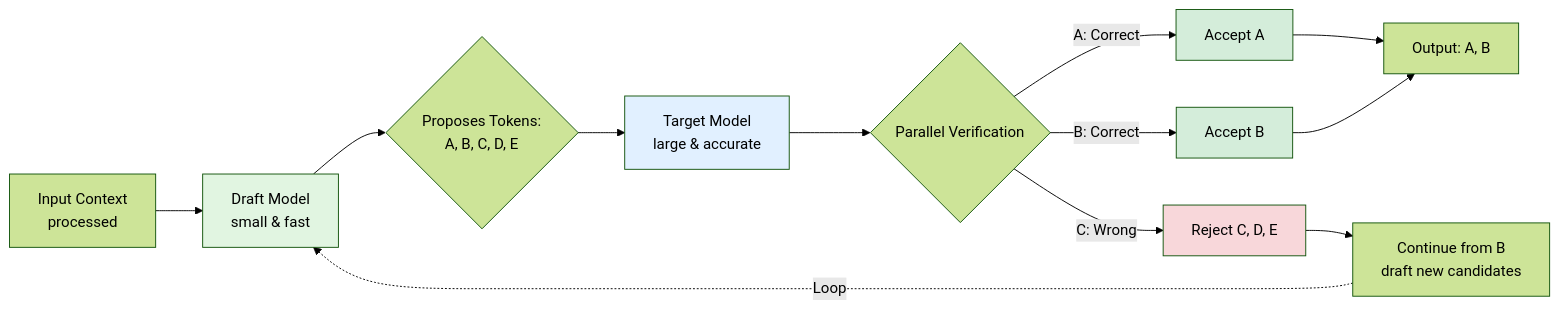
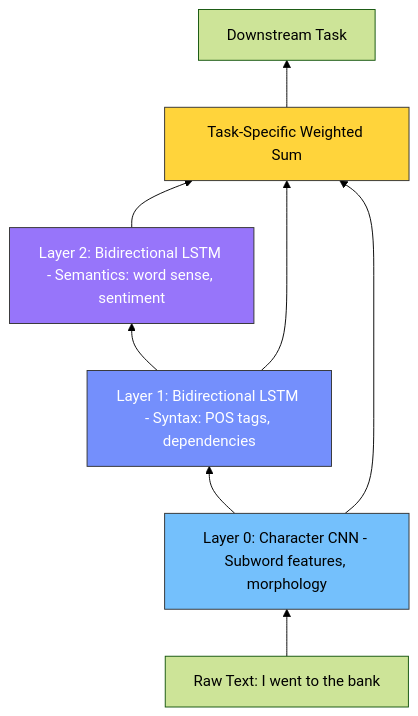
The fourth of 8 diagrams in _posts/2026-02-20-story-of-embedding.md (girijesh-ai/girijesh-ai.github.io), drawn with Mermaid (forest theme) before and after one commit. The commit also changed other lines of this file, not shown here.

```diff
--- a/_posts/2026-02-20-story-of-embedding.md
+++ b/_posts/2026-02-20-story-of-embedding.md
@@ -499,19 +296,14 @@
 <pre class="mermaid">
-graph LR
-    A["Input Context&lt;br/&gt;processed"] --> B["Draft Model&lt;br/&gt;small &amp; fast"]
-    B --> C{"Proposes Tokens:&lt;br/&gt;A, B, C, D, E"}
-    C --> D["Target Model&lt;br/&gt;large &amp; accurate"]
-    D --> E{"Parallel Verification"}
-    E -->|"A: Correct"| F[Accept A]
-    E -->|"B: Correct"| G[Accept B]
-    E -->|"C: Wrong"| H["Reject C, D, E"]
-    F --> I["Output: A, B"]
-    G --> I
-    H --> J["Continue from B&lt;br/&gt;draft new candidates"]
-    J -.->|Loop| B
-    style B fill:#e1f5e1
-    style D fill:#e1f0ff
-    style F fill:#d4edda
-    style G fill:#d4edda
-    style H fill:#f8d7da
+graph BT
+    INPUT["Raw Text: I went to the bank"] --> CHAR["Layer 0: Character CNN - Subword features, morphology"]
+    CHAR --> L1["Layer 1: Bidirectional LSTM - Syntax: POS tags, dependencies"]
+    L1 --> L2["Layer 2: Bidirectional LSTM - Semantics: word sense, sentiment"]
+    L2 --> COMBINE["Task-Specific Weighted Sum"]
+    CHAR --> COMBINE
+    L1 --> COMBINE
+    COMBINE --> TASK["Downstream Task"]
+    style CHAR fill:#74c0fc,stroke:#333
+    style L1 fill:#748ffc,stroke:#333,color:#fff
+    style L2 fill:#9775fa,stroke:#333,color:#fff
+    style COMBINE fill:#ffd43b,stroke:#333
 </pre>
```
